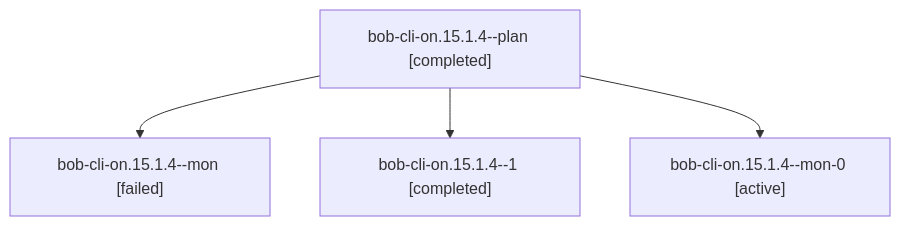
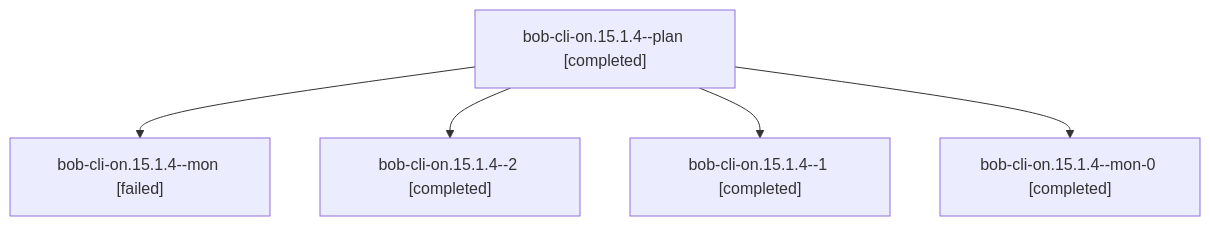
The diagram in sessions/bbugyi200.athena.bob-cli-on.15.1.4.md (bobs-org/bob-cli--agents), drawn with Mermaid before and after one commit. The commit also changed other lines of this file and 228 other files, not shown here.

````diff
--- a/sessions/bbugyi200.athena.bob-cli-on.15.1.4.md
+++ b/sessions/bbugyi200.athena.bob-cli-on.15.1.4.md
@@ -9,10 +9,12 @@
 ```mermaid
 flowchart TD
   n0["bob-cli-on.15.1.4--plan [completed]"]
   n1["bob-cli-on.15.1.4--mon [failed]"]
   n0 --> n1
-  n2["bob-cli-on.15.1.4--1 [completed]"]
+  n2["bob-cli-on.15.1.4--2 [completed]"]
   n0 --> n2
-  n3["bob-cli-on.15.1.4--mon-0 [active]"]
+  n3["bob-cli-on.15.1.4--1 [completed]"]
   n0 --> n3
+  n4["bob-cli-on.15.1.4--mon-0 [completed]"]
+  n0 --> n4
 ```
````
